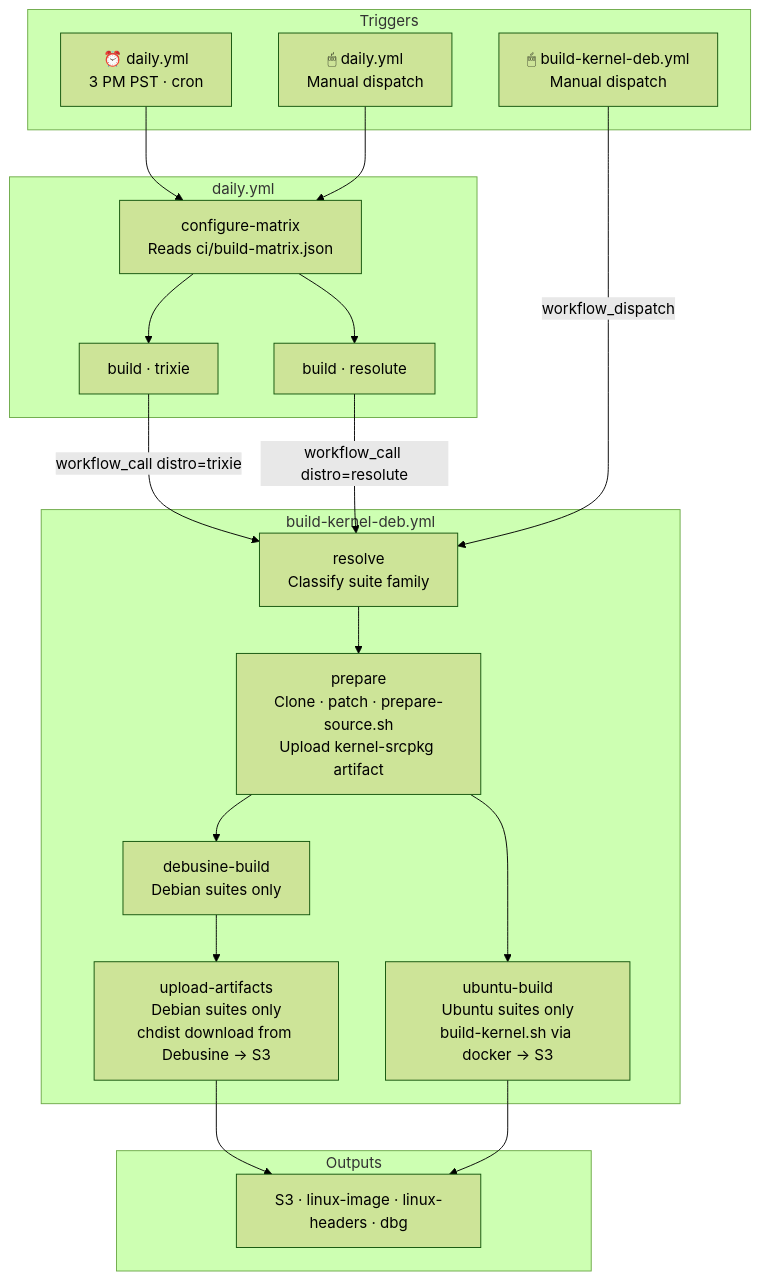
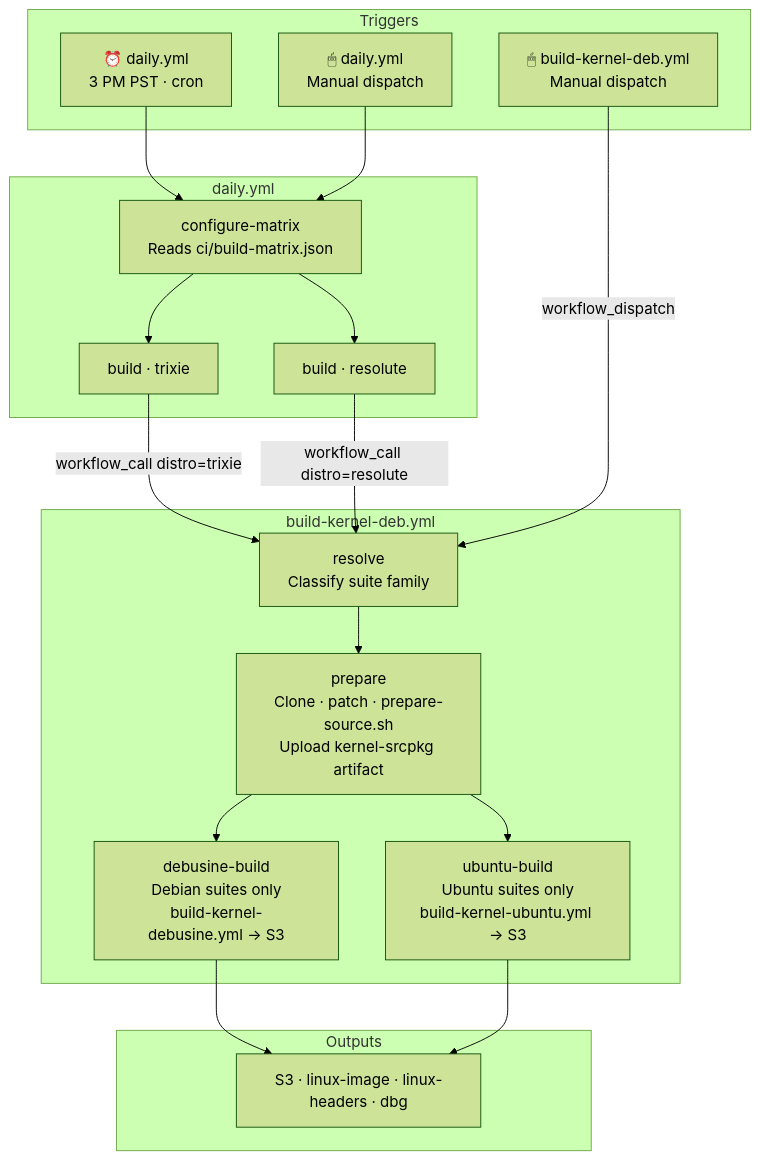
The first of 5 diagrams in README.md (qualcomm-linux/pkg-linux-qcom), drawn with Mermaid (forest theme) before and after one commit. The commit also changed other lines of this file, not shown here.

First line of the commit message:
docs: update README to reflect build-kernel-debusine.yml refactor

````diff
--- a/README.md
+++ b/README.md
@@ -10,39 +10,37 @@
 ```mermaid
 flowchart TD
     subgraph Triggers
         A1["⏰ daily.yml\n3 PM PST · cron"]
         A2["🖱 daily.yml\nManual dispatch"]
         A3["🖱 build-kernel-deb.yml\nManual dispatch"]
     end
 
     subgraph daily.yml
         B1["configure-matrix\nReads ci/build-matrix.json"]
         B2["build · trixie"]
         B3["build · resolute"]
     end
 
     subgraph build-kernel-deb.yml
         C1["resolve\nClassify suite family"]
         C2["prepare\nClone · patch · prepare-source.sh\nUpload kernel-srcpkg artifact"]
-        C3["debusine-build\nDebian suites only"]
-        C4["ubuntu-build\nUbuntu suites only\nbuild-kernel.sh via docker → S3"]
-        C5["upload-artifacts\nDebian suites only\nchdist download from Debusine → S3"]
+        C3["debusine-build\nDebian suites only\nbuild-kernel-debusine.yml → S3"]
+        C4["ubuntu-build\nUbuntu suites only\nbuild-kernel-ubuntu.yml → S3"]
     end
 
     subgraph Outputs
         D1["S3 · linux-image · linux-headers · dbg"]
     end
 
     A1 --> B1
     A2 --> B1
     B1 --> B2 & B3
     B2 -->|workflow_call distro=trixie| C1
     B3 -->|workflow_call distro=resolute| C1
     A3 -->|workflow_dispatch| C1
 
     C1 --> C2
     C2 --> C3 & C4
-    C3 --> C5
-    C5 --> D1
+    C3 --> D1
     C4 --> D1
 ```
````
